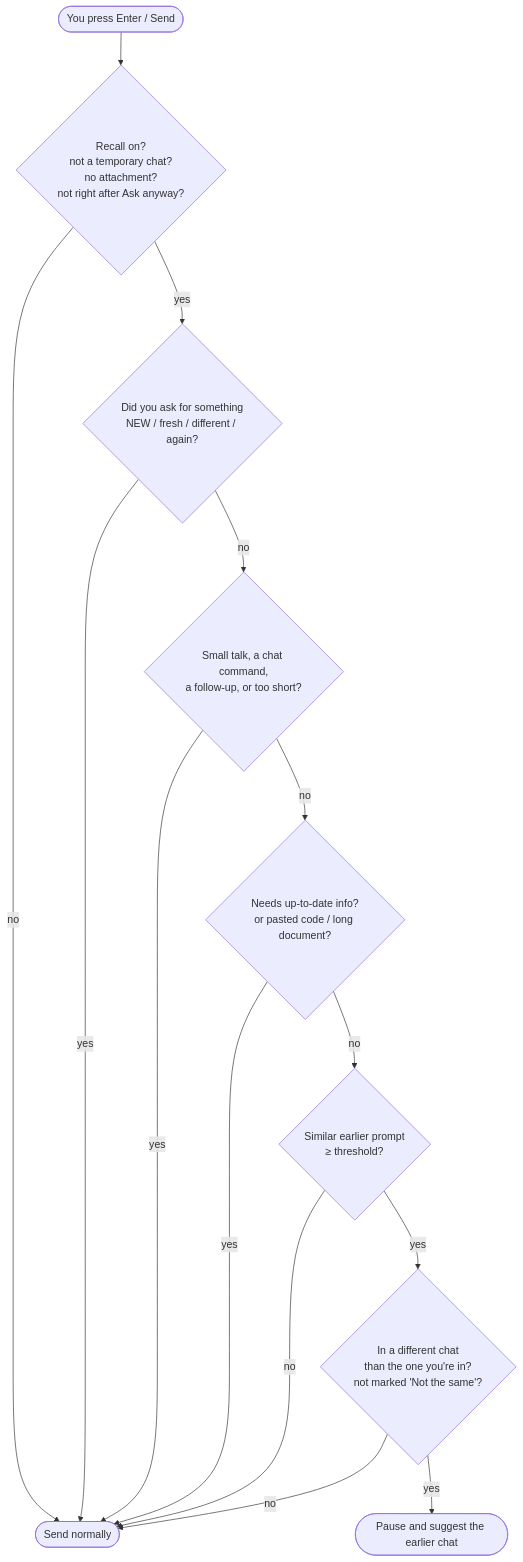
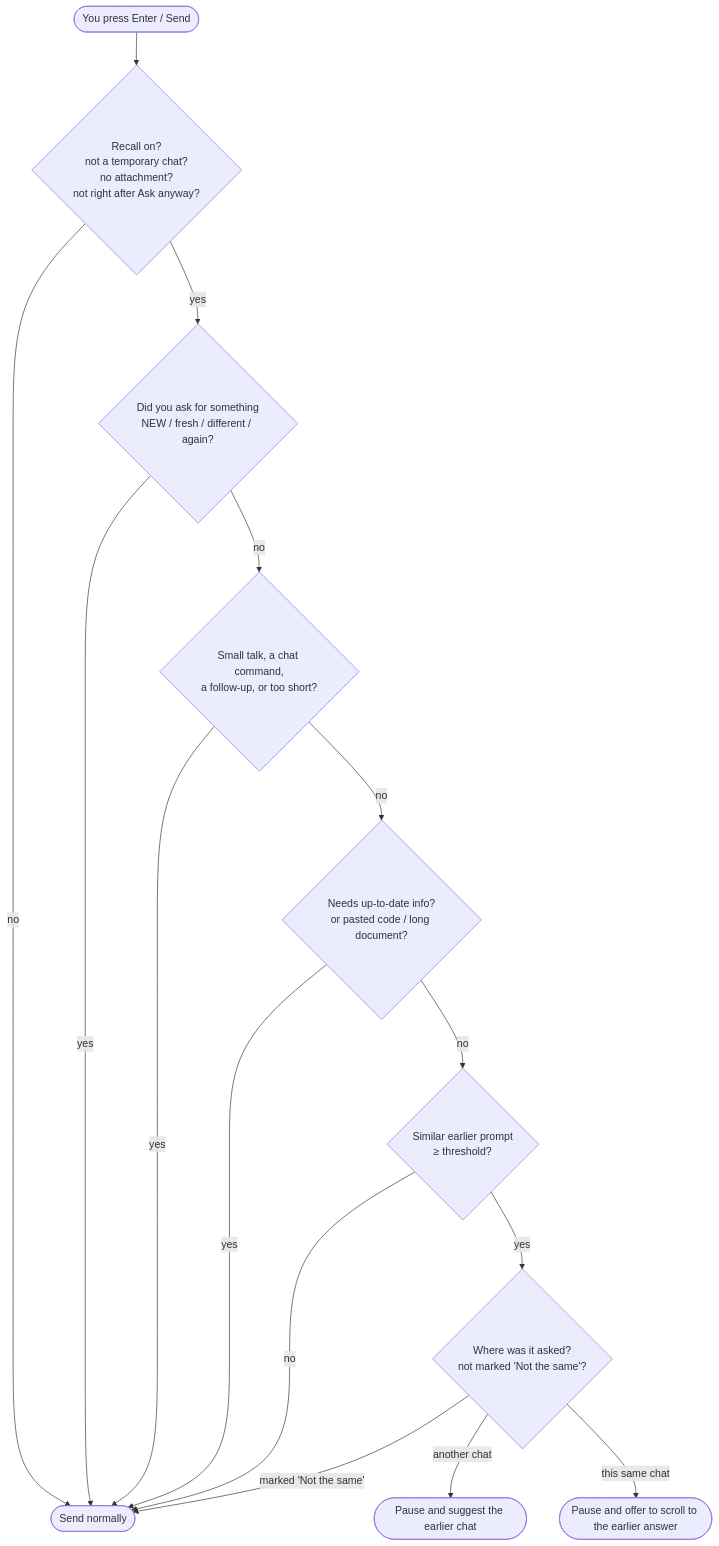
Before and after one commit to Anushka180712/Recall-API: the first of 2 diagrams in README.md, drawn with Mermaid. The commit also changed other lines of this file and 6 other files, not shown here.

First line of the commit message:
Reliable jump to the matched message; stop repeats inside the same chat

````diff
--- a/README.md
+++ b/README.md
@@ -76,16 +76,17 @@
 ```mermaid
 flowchart TD
     A([You press Enter / Send]) --> B{Recall on?<br/>not a temporary chat?<br/>no attachment?<br/>not right after Ask anyway?}
     B -- no --> SEND([Send normally])
     B -- yes --> C{Did you ask for something<br/>NEW / fresh / different / again?}
     C -- yes --> SEND
     C -- no --> D{Small talk, a chat command,<br/>a follow-up, or too short?}
     D -- yes --> SEND
     D -- no --> E{Needs up-to-date info?<br/>or pasted code / long document?}
     E -- yes --> SEND
     E -- no --> F{Similar earlier prompt<br/>≥ threshold?}
     F -- no --> SEND
-    F -- yes --> G{In a different chat<br/>than the one you're in?<br/>not marked 'Not the same'?}
-    G -- no --> SEND
-    G -- yes --> R([Pause and suggest the earlier chat])
+    F -- yes --> G{Where was it asked?<br/>not marked 'Not the same'?}
+    G -- marked 'Not the same' --> SEND
+    G -- another chat --> R([Pause and suggest the earlier chat])
+    G -- this same chat --> H([Pause and offer to scroll to the earlier answer])
 ```
````
